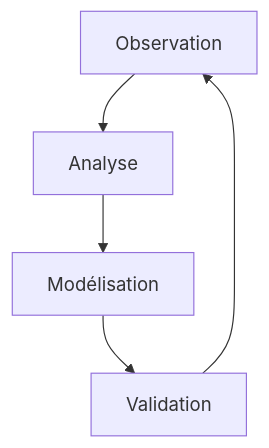
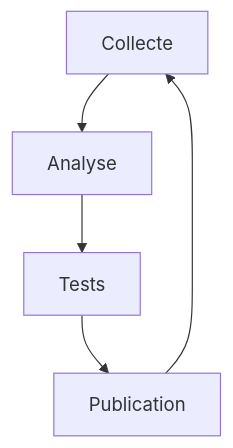
Before and after one commit to yet-studio/quantum-dialog: the diagram in README.md, drawn with Mermaid. The commit also changed other lines of this file, not shown here.

````diff
--- a/README.md
+++ b/README.md
@@ -38,7 +38,7 @@
 ```mermaid
 graph TD
-    A[Observation] --> B[Analyse]
-    B --> C[Modélisation]
-    C --> D[Validation]
+    A[Collecte] --> B[Analyse]
+    B --> C[Tests]
+    C --> D[Publication]
     D --> A
 ```
````
